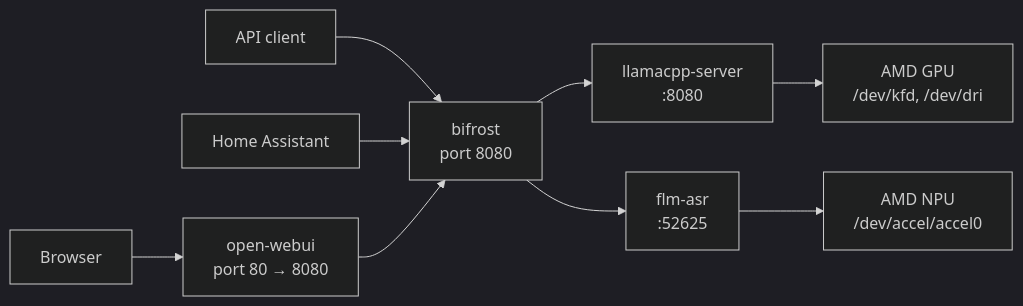
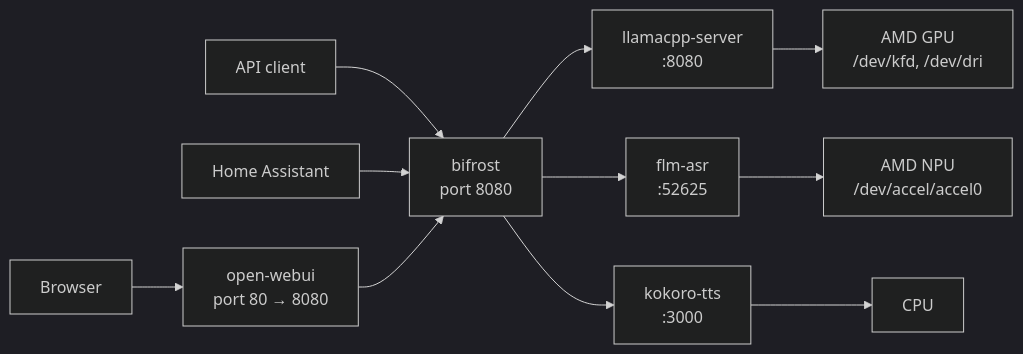
Before and after one commit to edepree/llm: the diagram in README.md, drawn with Mermaid (dark theme). The commit also changed other lines of this file and 9 other files, not shown here.

````diff
--- a/README.md
+++ b/README.md
@@ -116,11 +123,13 @@
 ```mermaid
 flowchart LR
     CLIENT["API client"] --> BIFROST["bifrost\nport 8080"]
     HA["Home Assistant"] --> BIFROST
     BROWSER["Browser"] --> WEBUI["open-webui\nport 80 → 8080"]
     WEBUI --> BIFROST
     BIFROST --> LLAMA["llamacpp-server\n:8080"]
     BIFROST --> FLM["flm-asr\n:52625"]
+    BIFROST --> TTS["kokoro-tts\n:3000"]
     LLAMA --> GPU["AMD GPU\n/dev/kfd, /dev/dri"]
     FLM --> NPU["AMD NPU\n/dev/accel/accel0"]
+    TTS --> CPU["CPU"]
 ```
````
